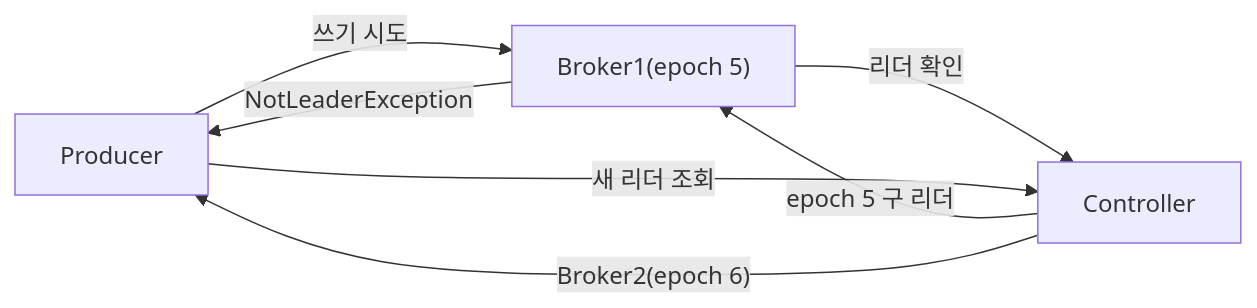
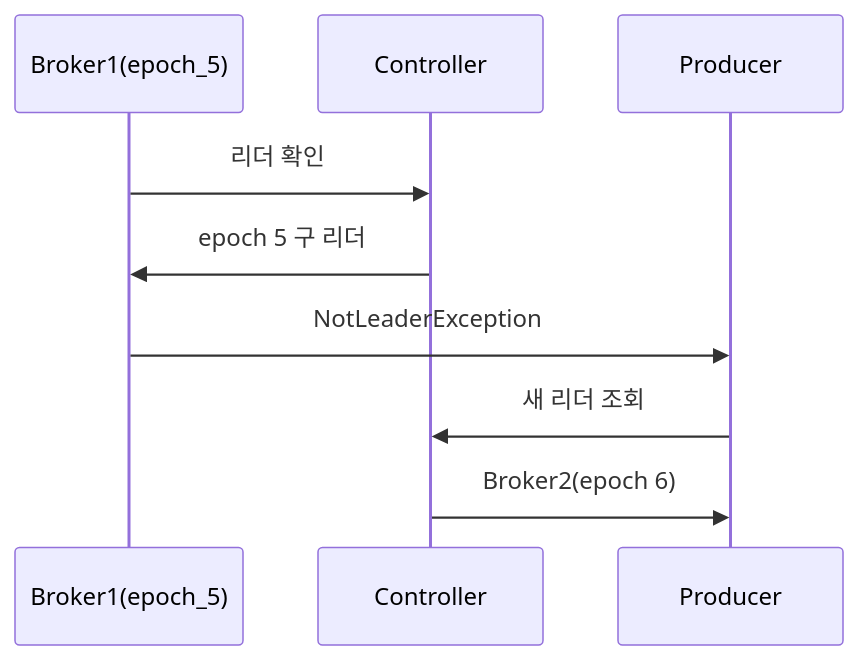
One commit to yjkim2015/yjkim2015.github.io changed diagram 18 of 21 in _posts/kafka/2026-05-01-kafka-extreme-scenarios.md. Above: the diagram before and after it, drawn with Mermaid. The commit also changed 89 other files, not shown here.

First line of the commit message:
복잡한 flowchart 163개 → sequenceDiagram 변환 (90파일)

````diff
--- a/_posts/kafka/2026-05-01-kafka-extreme-scenarios.md
+++ b/_posts/kafka/2026-05-01-kafka-extreme-scenarios.md
@@ -529,9 +529,8 @@
 ```mermaid
-graph LR
-    P["Producer"] -->|"쓰기 시도"| B1["Broker1(epoch 5)"]
-    B1 -->|"리더 확인"| CTL["Controller"]
-    CTL -->|"epoch 5 구 리더"| B1
-    B1 -->|"NotLeaderException"| P
-    P -->|"새 리더 조회"| CTL
-    CTL -->|"Broker2(epoch 6)"| P
+sequenceDiagram
+    Broker1(epoch_5)->>Controller: 리더 확인
+    Controller->>Broker1(epoch_5): epoch 5 구 리더
+    Broker1(epoch_5)->>Producer: NotLeaderException
+    Producer->>Controller: 새 리더 조회
+    Controller->>Producer: Broker2(epoch 6)
 ```
````
